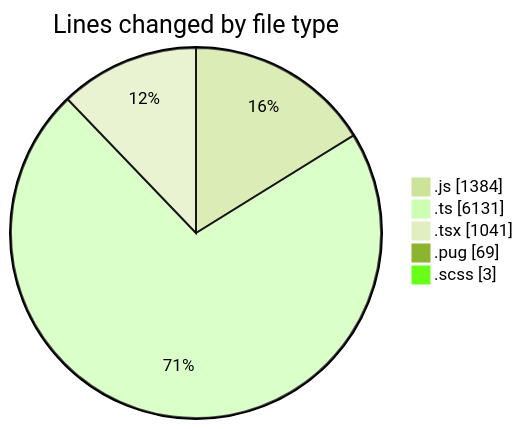
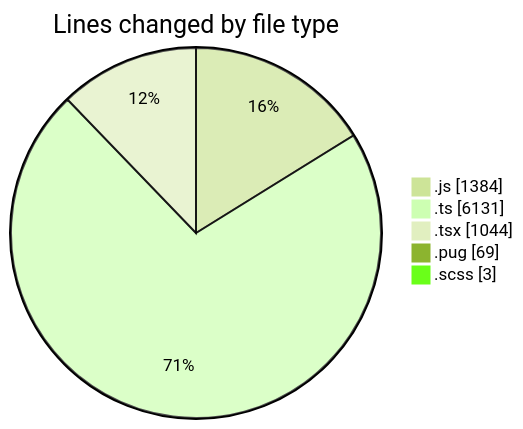
One commit to momahboobian/code-tracking changed the first of 2 diagrams in 2025-03-25/cda/README.md. Above: the diagram before and after it, drawn with Mermaid (forest theme). The commit also changed other lines of this file and 1 other file, not shown here.

````diff
--- a/2025-03-25/cda/README.md
+++ b/2025-03-25/cda/README.md
@@ -37,9 +37,9 @@
 ```mermaid
 pie showData
 title Lines changed by file type
 ".js" : 1384
 ".ts" : 6131
-".tsx" : 1041
+".tsx" : 1044
 ".pug" : 69
 ".scss" : 3
 ```
````
